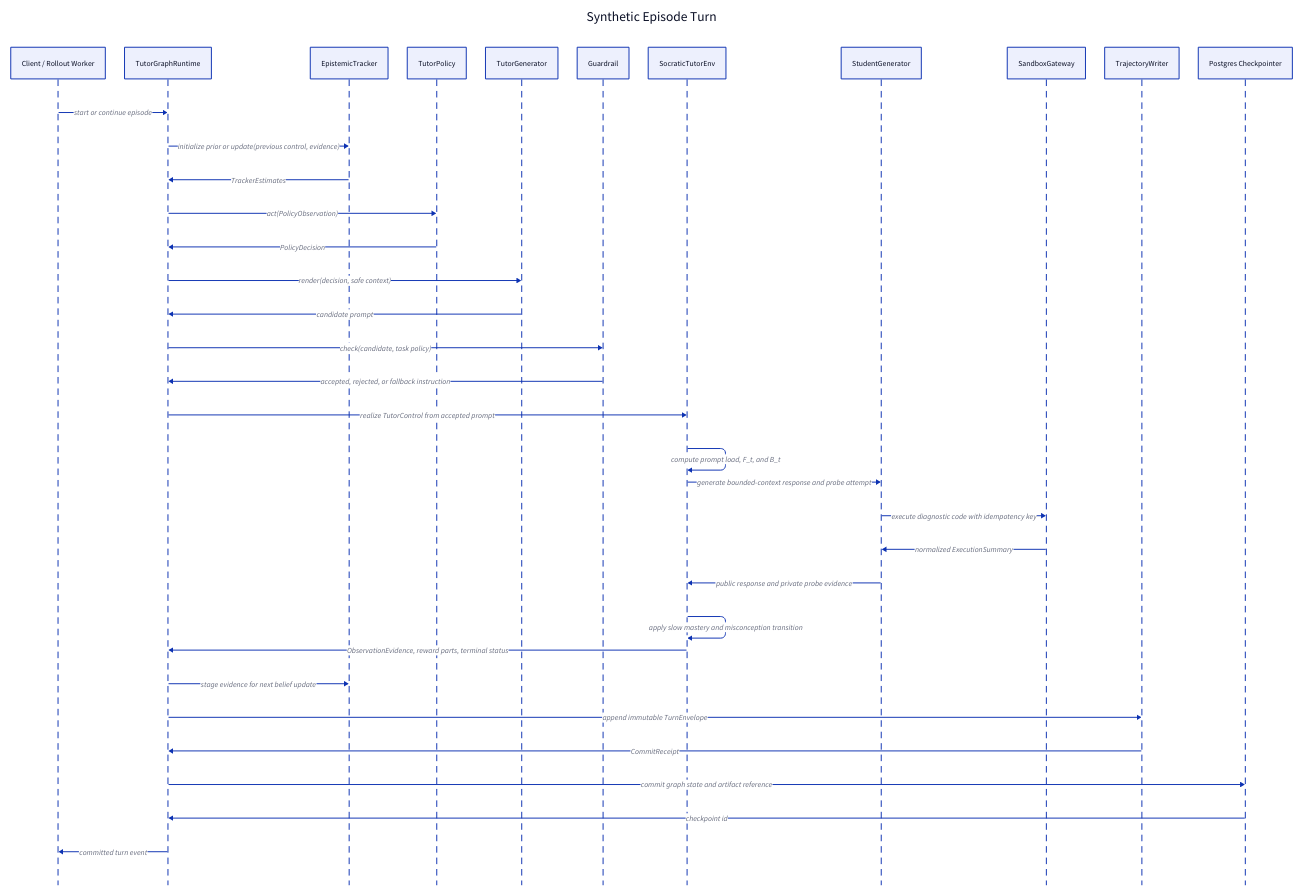
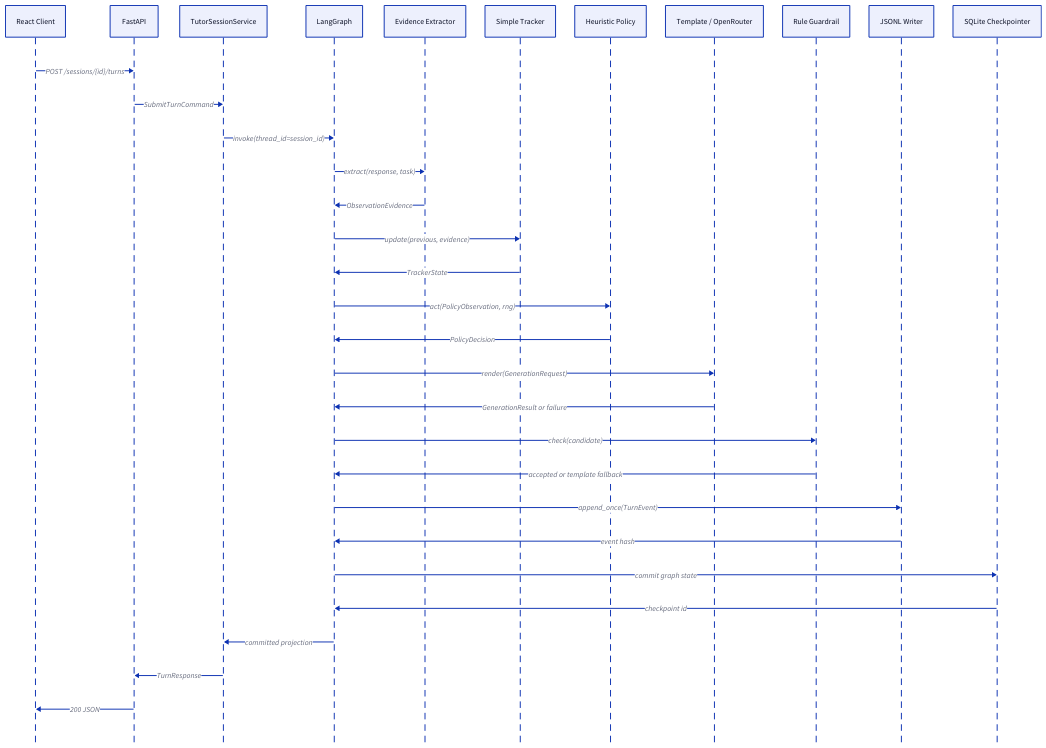
Before and after one commit to thekhananas/msc-dissertation-ak7025: the third of 5 diagrams in docs/LLD.md, drawn with D2. The commit also changed other lines of this file and 5 other files, not shown here.

````diff
--- a/docs/LLD.md
+++ b/docs/LLD.md
@@ -567,41 +542,36 @@
 ```d2
-synthetic_episode: "Synthetic Episode Turn" {
-  shape: sequence_diagram
+shape: sequence_diagram
 
-  client: "Client / Rollout Worker"
-  graph: "TutorGraphRuntime"
-  tracker: "EpistemicTracker"
-  policy: "TutorPolicy"
-  tutor: "TutorGenerator"
-  guardrail: "Guardrail"
-  env: "SocraticTutorEnv"
-  student: "StudentGenerator"
-  sandbox: "SandboxGateway"
-  writer: "TrajectoryWriter"
-  checkpoint: "Postgres Checkpointer"
+browser: "React Client"
+api: "FastAPI"
+service: "TutorSessionService"
+graph: "LangGraph"
+extractor: "Evidence Extractor"
+tracker: "Simple Tracker"
+policy: "Heuristic Policy"
+renderer: "Template / OpenRouter"
+guardrail: "Rule Guardrail"
+log: "JSONL Writer"
+checkpoint: "SQLite Checkpointer"
 
-  client -> graph: "start or continue episode"
-  graph -> tracker: "initialize prior or update(previous control, evidence)"
-  tracker -> graph: "TrackerEstimates"
-  graph -> policy: "act(PolicyObservation)"
-  policy -> graph: "PolicyDecision"
-  graph -> tutor: "render(decision, safe context)"
-  tutor -> graph: "candidate prompt"
-  graph -> guardrail: "check(candidate, task policy)"
-  guardrail -> graph: "accepted, rejected, or fallback instruction"
-  graph -> env: "realize TutorControl from accepted prompt"
-  env -> env: "compute prompt load, F_t, and B_t"
-  env -> student: "generate bounded-context response and probe attempt"
-  student -> sandbox: "execute diagnostic code with idempotency key"
-  sandbox -> student: "normalized ExecutionSummary"
-  student -> env: "public response and private probe evidence"
-  env -> env: "apply slow mastery and misconception transition"
-  env -> graph: "ObservationEvidence, reward parts, terminal status"
-  graph -> tracker: "stage evidence for next belief update"
-  graph -> writer: "append immutable TurnEnvelope"
-  writer -> graph: "CommitReceipt"
-  graph -> checkpoint: "commit graph state and artifact reference"
-  checkpoint -> graph: "checkpoint id"
-  graph -> client: "committed turn event"
-}
+browser -> api: "POST /sessions/{id}/turns"
+api -> service: "SubmitTurnCommand"
+service -> graph: "invoke(thread_id=session_id)"
+graph -> extractor: "extract(response, task)"
+extractor -> graph: "ObservationEvidence"
+graph -> tracker: "update(previous, evidence)"
+tracker -> graph: "TrackerState"
+graph -> policy: "act(PolicyObservation, rng)"
+policy -> graph: "PolicyDecision"
+graph -> renderer: "render(GenerationRequest)"
+renderer -> graph: "GenerationResult or failure"
+graph -> guardrail: "check(candidate)"
+guardrail -> graph: "accepted or template fallback"
+graph -> log: "append_once(TurnEvent)"
+log -> graph: "event hash"
+graph -> checkpoint: "commit graph state"
+checkpoint -> graph: "checkpoint id"
+graph -> service: "committed projection"
+service -> api: "TurnResponse"
+api -> browser: "200 JSON"
 ```
````
